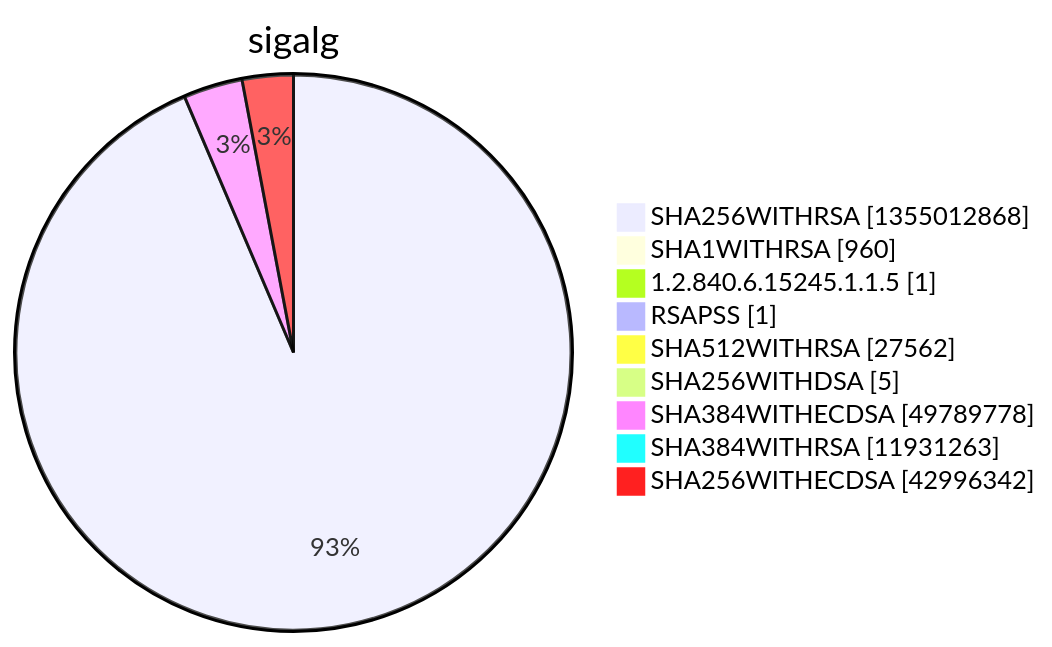
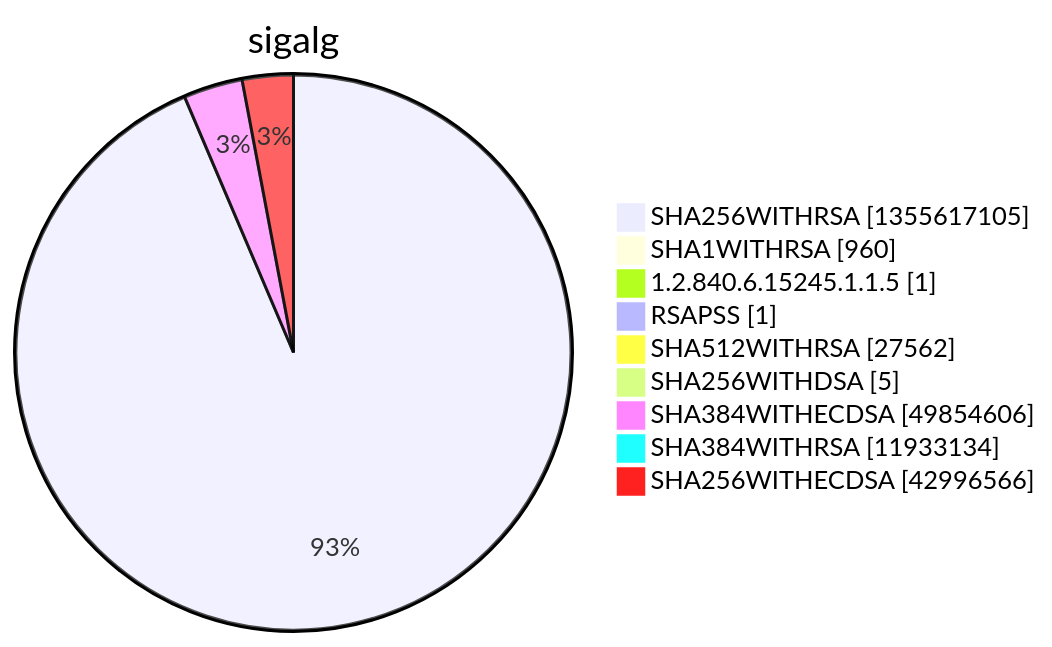
Diagram 15 of 15 in argon2022/README.md (christiankrug/ctmonitor_visualization), drawn with Mermaid before and after one commit. The commit also changed other lines of this file, not shown here.

````diff
--- a/argon2022/README.md
+++ b/argon2022/README.md
@@ -5524,13 +5524,13 @@
 ```mermaid
 pie showData
 title sigalg
-"SHA256WITHRSA" :1355012868
+"SHA256WITHRSA" :1355617105
 "SHA1WITHRSA" :960
 "1.2.840.6.15245.1.1.5" :1
 "RSAPSS" :1
 "SHA512WITHRSA" :27562
 "SHA256WITHDSA" :5
-"SHA384WITHECDSA" :49789778
-"SHA384WITHRSA" :11931263
-"SHA256WITHECDSA" :42996342
+"SHA384WITHECDSA" :49854606
+"SHA384WITHRSA" :11933134
+"SHA256WITHECDSA" :42996566
 ```
````
